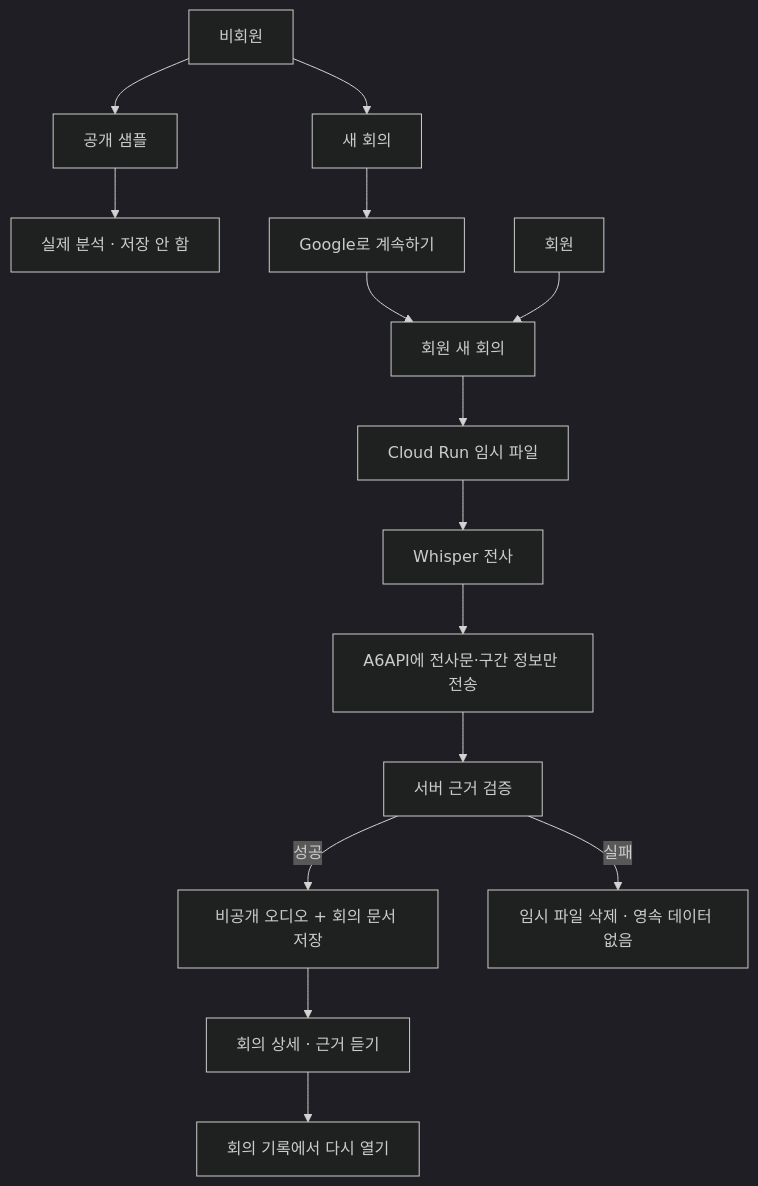
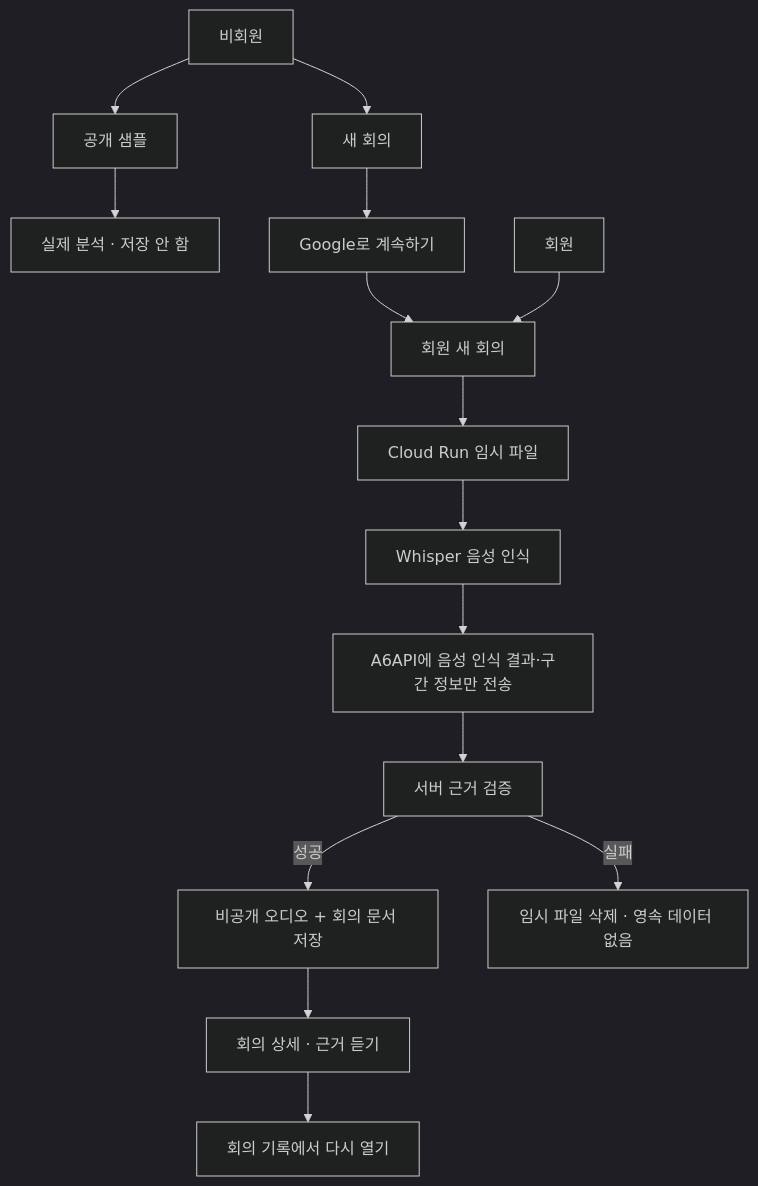
One commit to hangokudao/minutemark changed the first of 2 diagrams in docs/V2_PRODUCT_PLAN.md. Above: the diagram before and after it, drawn with Mermaid (dark theme). The commit also changed other lines of this file and 13 other files, not shown here.

````diff
--- a/docs/V2_PRODUCT_PLAN.md
+++ b/docs/V2_PRODUCT_PLAN.md
@@ -130,17 +130,17 @@
 ```mermaid
 flowchart TD
     G["비회원"] --> S["공개 샘플"]
     S --> SA["실제 분석 · 저장 안 함"]
     G --> N["새 회의"]
     N --> A["Google로 계속하기"]
     A --> MN["회원 새 회의"]
     M["회원"] --> MN
     MN --> T["Cloud Run 임시 파일"]
-    T --> W["Whisper 전사"]
-    W --> L["A6API에 전사문·구간 정보만 전송"]
+    T --> W["Whisper 음성 인식"]
+    W --> L["A6API에 음성 인식 결과·구간 정보만 전송"]
     L --> V["서버 근거 검증"]
     V -->|성공| P["비공개 오디오 + 회의 문서 저장"]
     V -->|실패| X["임시 파일 삭제 · 영속 데이터 없음"]
     P --> D["회의 상세 · 근거 듣기"]
     D --> R["회의 기록에서 다시 열기"]
 ```
````
